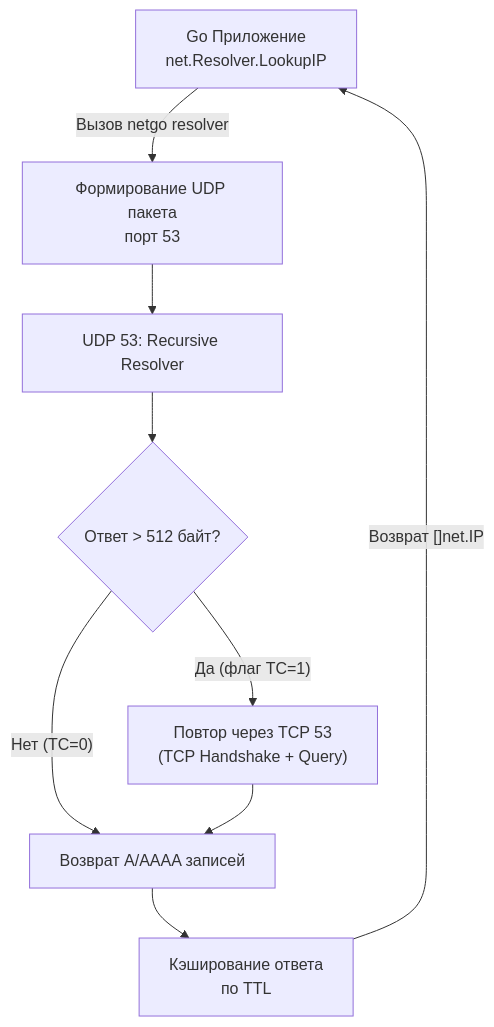
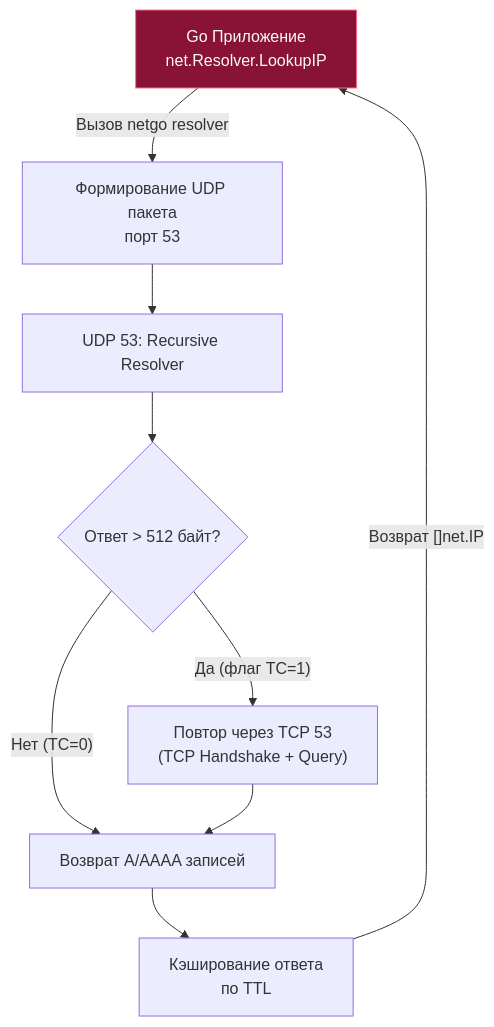
One commit to UnrealTemplier/go-textbook changed the third of 3 diagrams in sources/3. Компьютерные сети и сетевой стек/16. DNS. Как работает преобразование имени в IP.md. Above: the diagram before and after it, drawn with Mermaid. The commit also changed other lines of this file and 1666 other files, not shown here.

First line of the commit message:
feat(mermaid): add semantic color classDef to 1369 colorless flowchart/graph diagrams

````diff
--- a/sources/3. Компьютерные сети и сетевой стек/16. DNS. Как работает преобразование имени в IP.md
+++ b/sources/3. Компьютерные сети и сетевой стек/16. DNS. Как работает преобразование имени в IP.md
@@ -132,11 +142,21 @@
 ```mermaid
 flowchart TD
-    A["Go Приложение<br>net.Resolver.LookupIP"] -->|"Вызов netgo resolver"| B["Формирование UDP пакета<br>порт 53"]
+    classDef process  fill:#1e293b,stroke:#38bdf8,stroke-width:1px,color:#f8fafc
+    classDef success  fill:#064e3b,stroke:#34d399,stroke-width:1px,color:#f8fafc
+    classDef error    fill:#7f1d1d,stroke:#f87171,stroke-width:1px,color:#f8fafc
+    classDef warning  fill:#78350f,stroke:#fbbf24,stroke-width:1px,color:#f8fafc
+    classDef entry    fill:#1e3a5f,stroke:#38bdf8,stroke-width:2px,color:#f8fafc
+    classDef aux      fill:#334155,stroke:#64748b,stroke-width:1px,color:#f8fafc
+    classDef system   fill:#312e81,stroke:#a78bfa,stroke-width:1px,color:#f8fafc
+    classDef data     fill:#132d29,stroke:#2dd4bf,stroke-width:1px,color:#f8fafc
+    classDef network  fill:#881337,stroke:#fb7185,stroke-width:1px,color:#f8fafc
+    classDef accent   fill:#1e1b4b,stroke:#818cf8,stroke-width:1px,color:#f8fafc
+    A["Go Приложение<br>net.Resolver.LookupIP"]:::network -->|"Вызов netgo resolver"| B["Формирование UDP пакета<br>порт 53"]
     B --> C["UDP 53: Recursive Resolver"]
     C --> D{"Ответ > 512 байт?"}
     D -->|"Нет (TC=0)"| E["Возврат A/AAAA записей"]
     D -->|"Да (флаг TC=1)"| F["Повтор через TCP 53<br>(TCP Handshake + Query)"]
     F --> E
     E --> G["Кэширование ответа<br>по TTL"]
     G -->|"Возврат []net.IP"| A
 ```
````
